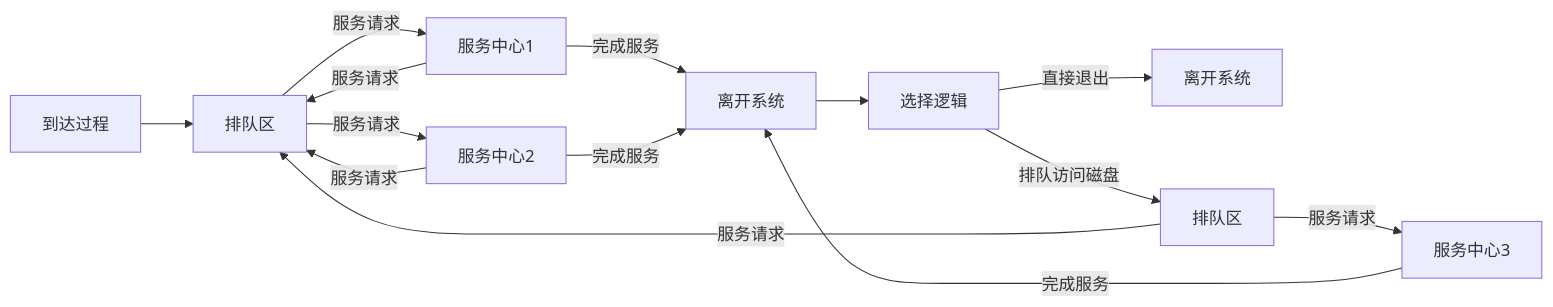
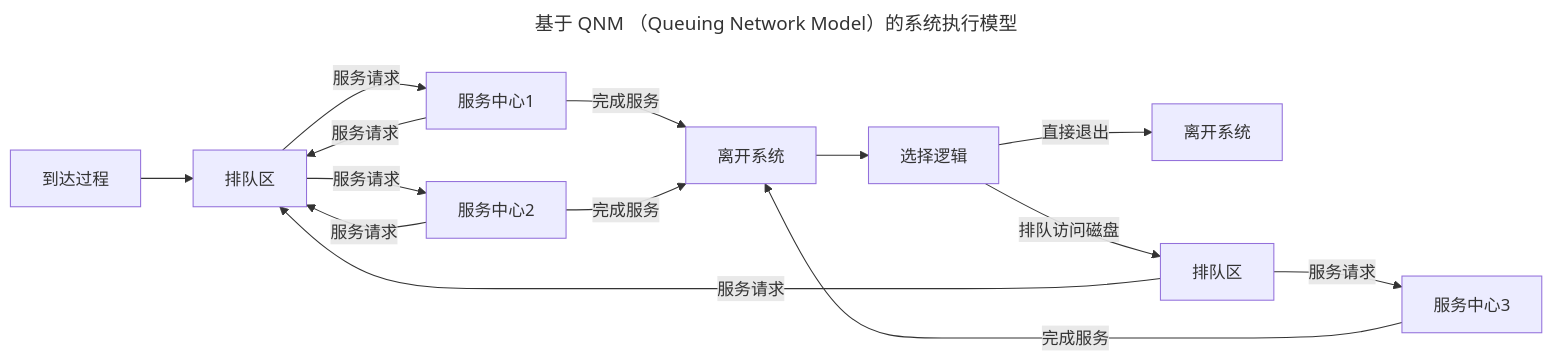
Before and after one commit to 0xcaffebabe/note: the second of 4 diagrams in doc/软件工程/性能工程/性能优化.md, drawn with Mermaid. The commit also changed other lines of this file and 5 other files, not shown here.

````diff
--- a/doc/软件工程/性能工程/性能优化.md
+++ b/doc/软件工程/性能工程/性能优化.md
@@ -30,16 +37,19 @@
 ```mermaid
+---
+title: 基于 QNM （Queuing Network Model）的系统执行模型
+---
 graph LR
 A[到达过程] --> B[排队区]
 B -- 服务请求 --> C[服务中心1]
 B -- 服务请求 --> D[服务中心2]
 C -- 完成服务 --> E[离开系统]
 D -- 完成服务 --> E
 C -- 服务请求 --> B
 D -- 服务请求 --> B
 E --> F[选择逻辑]
 F -- 直接退出 --> G[离开系统]
 F -- 排队访问磁盘 --> H[排队区]
 H -- 服务请求 --> I[服务中心3]
 I -- 完成服务 --> E
 H -- 服务请求 --> B
 ```
````
